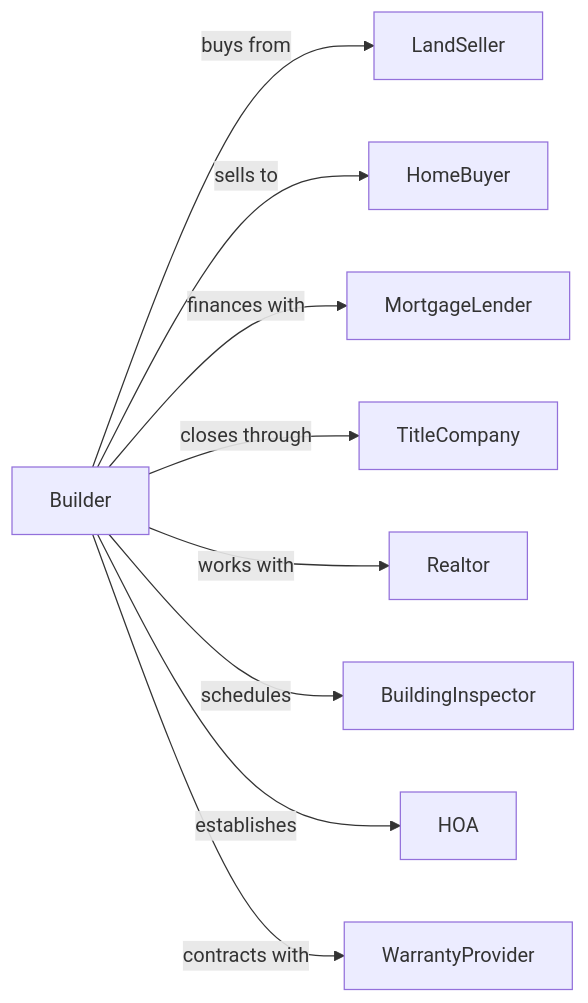
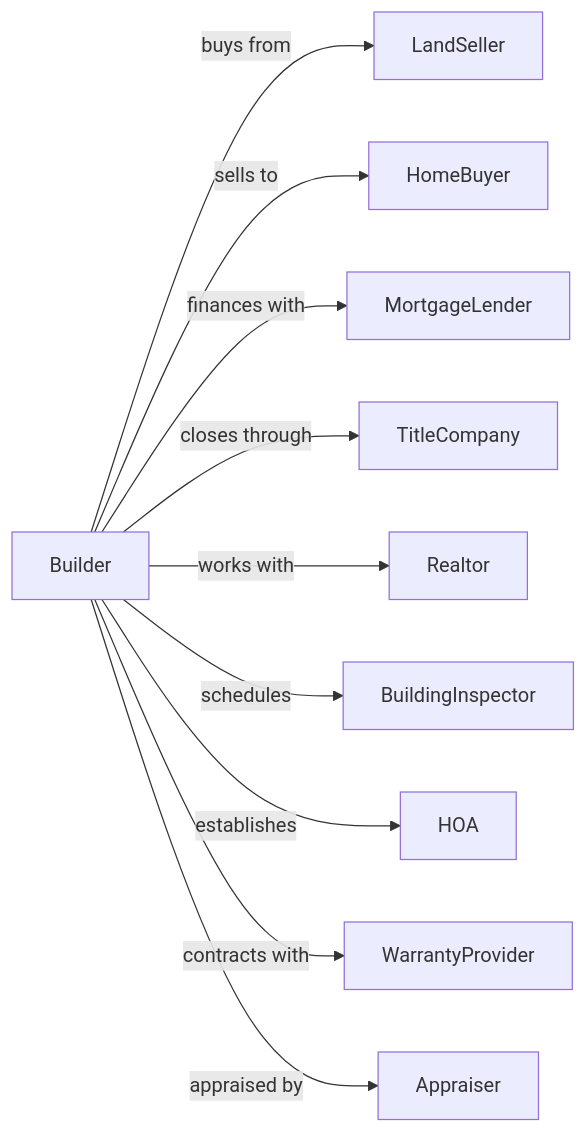
One commit to dot-org-ai/industries.org.ai changed the second of 2 diagrams in Construction/ConstructionOfBuildings/ResidentialBuildingConstruction/NewHousingForSaleBuilders.mdx. Above: the diagram before and after it, drawn with Mermaid. The commit also changed 588 other files, not shown here.

````diff
--- a/Construction/ConstructionOfBuildings/ResidentialBuildingConstruction/NewHousingForSaleBuilders.mdx
+++ b/Construction/ConstructionOfBuildings/ResidentialBuildingConstruction/NewHousingForSaleBuilders.mdx
@@ -129,13 +129,14 @@
 ```mermaid
 graph LR
     B[Builder]
 
     B -->|buys from| LandSeller
     B -->|sells to| HomeBuyer
     B -->|finances with| MortgageLender
     B -->|closes through| TitleCompany
     B -->|works with| Realtor
     B -->|schedules| BuildingInspector
     B -->|establishes| HOA
     B -->|contracts with| WarrantyProvider
+    B -->|appraised by| Appraiser
 ```
````
